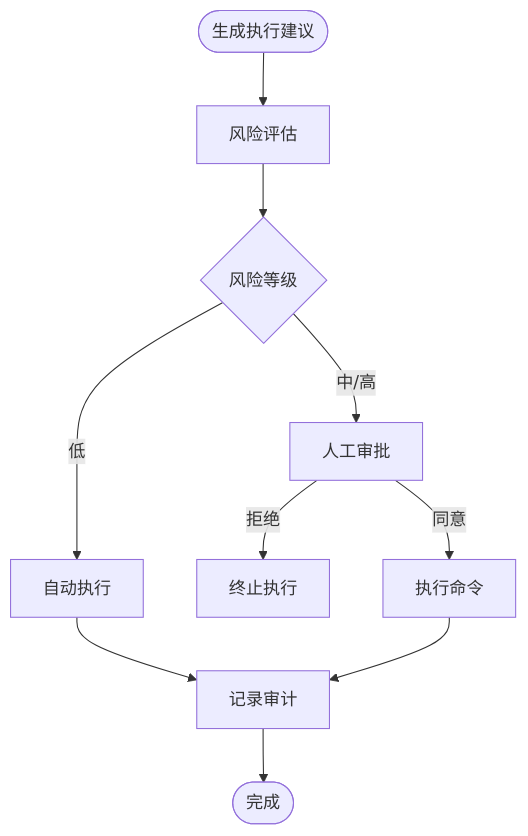
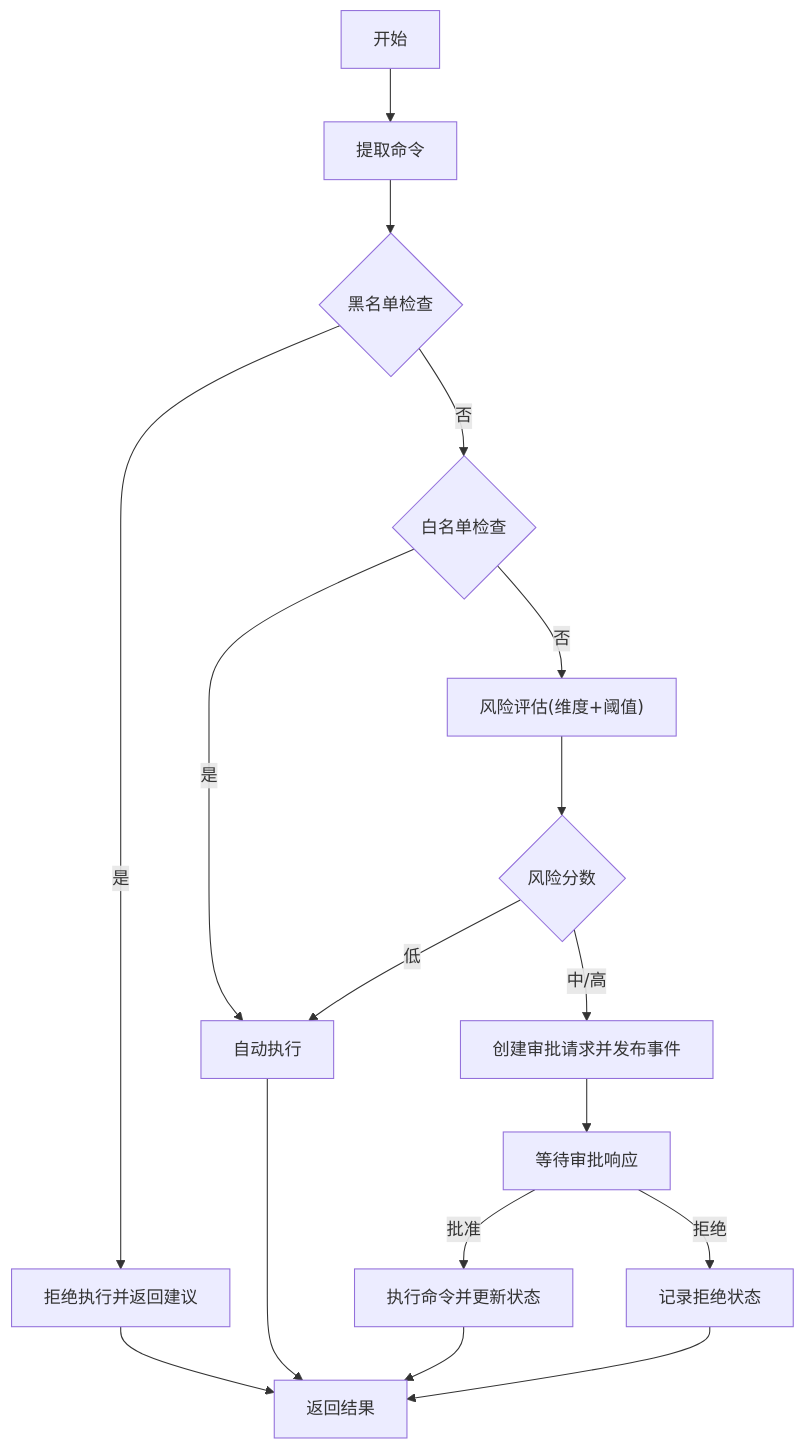
One commit to lyyzzz6/AIops changed the fifth of 7 diagrams in .qoder/repowiki/zh/content/项目概述/核心功能特性.md. Above: the diagram before and after it, drawn with Mermaid. The commit also changed other lines of this file and 371 other files, not shown here.

````diff
--- a/.qoder/repowiki/zh/content/项目概述/核心功能特性.md
+++ b/.qoder/repowiki/zh/content/项目概述/核心功能特性.md
@@ -185,12 +256,19 @@
 ```mermaid
 flowchart TD
-Start(["生成执行建议"]) --> Risk["风险评估"]
-Risk --> Level{"风险等级"}
-Level --> |低| Auto["自动执行"]
-Level --> |中/高| Approve["人工审批"]
-Approve --> |拒绝| Abort["终止执行"]
-Approve --> |同意| Exec["执行命令"]
-Auto --> Log["记录审计"]
-Exec --> Log
-Log --> End(["完成"])
+S["开始"] --> E["提取命令"]
+E --> BL{"黑名单检查"}
+BL --> |是| DENY["拒绝执行并返回建议"]
+BL --> |否| WL{"白名单检查"}
+WL --> |是| AUTO["自动执行"]
+WL --> |否| ASSESS["风险评估(维度+阈值)"]
+ASSESS --> SCORE{"风险分数"}
+SCORE --> |低| AUTO
+SCORE --> |中/高| APPROVAL["创建审批请求并发布事件"]
+APPROVAL --> WAIT["等待审批响应"]
+WAIT --> |批准| EXEC["执行命令并更新状态"]
+WAIT --> |拒绝| REJ["记录拒绝状态"]
+AUTO --> R["返回结果"]
+EXEC --> R
+DENY --> R
+REJ --> R
 ```
````
